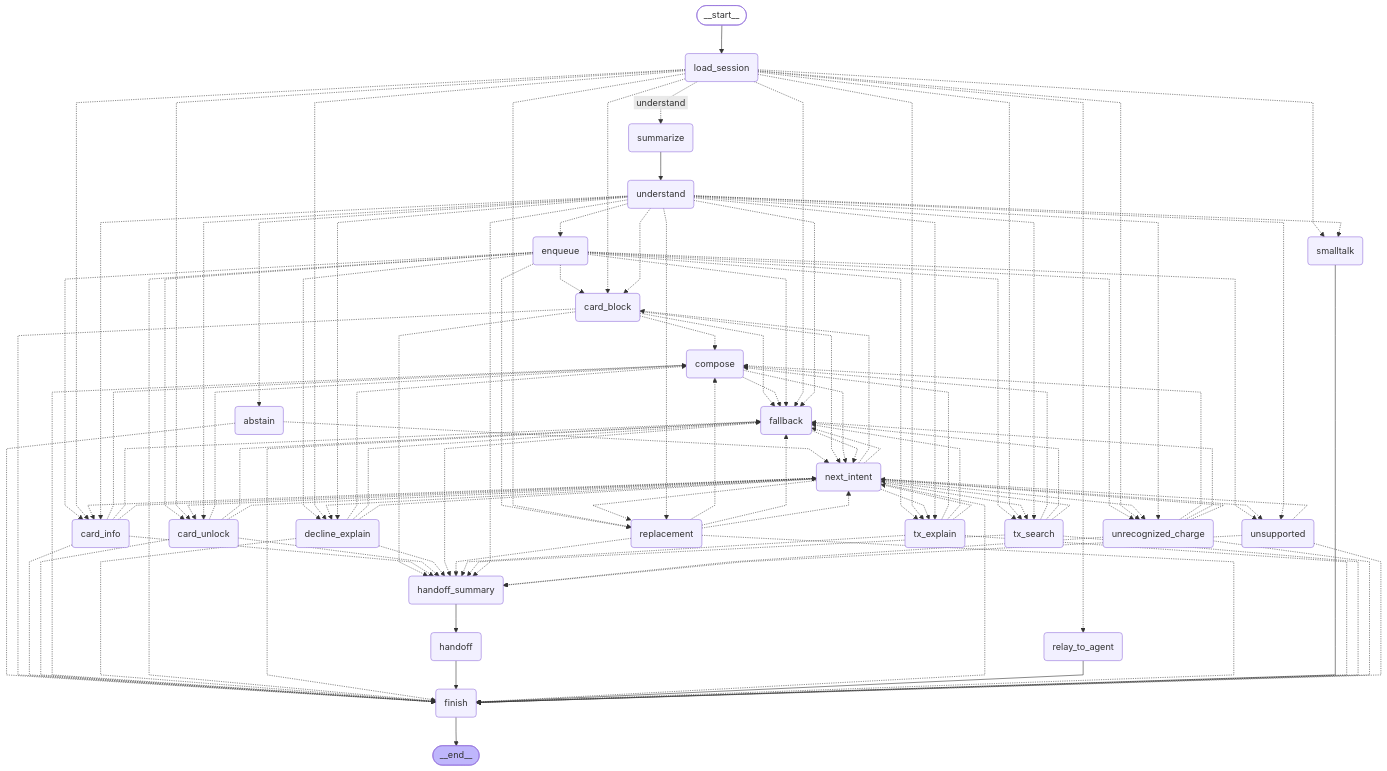
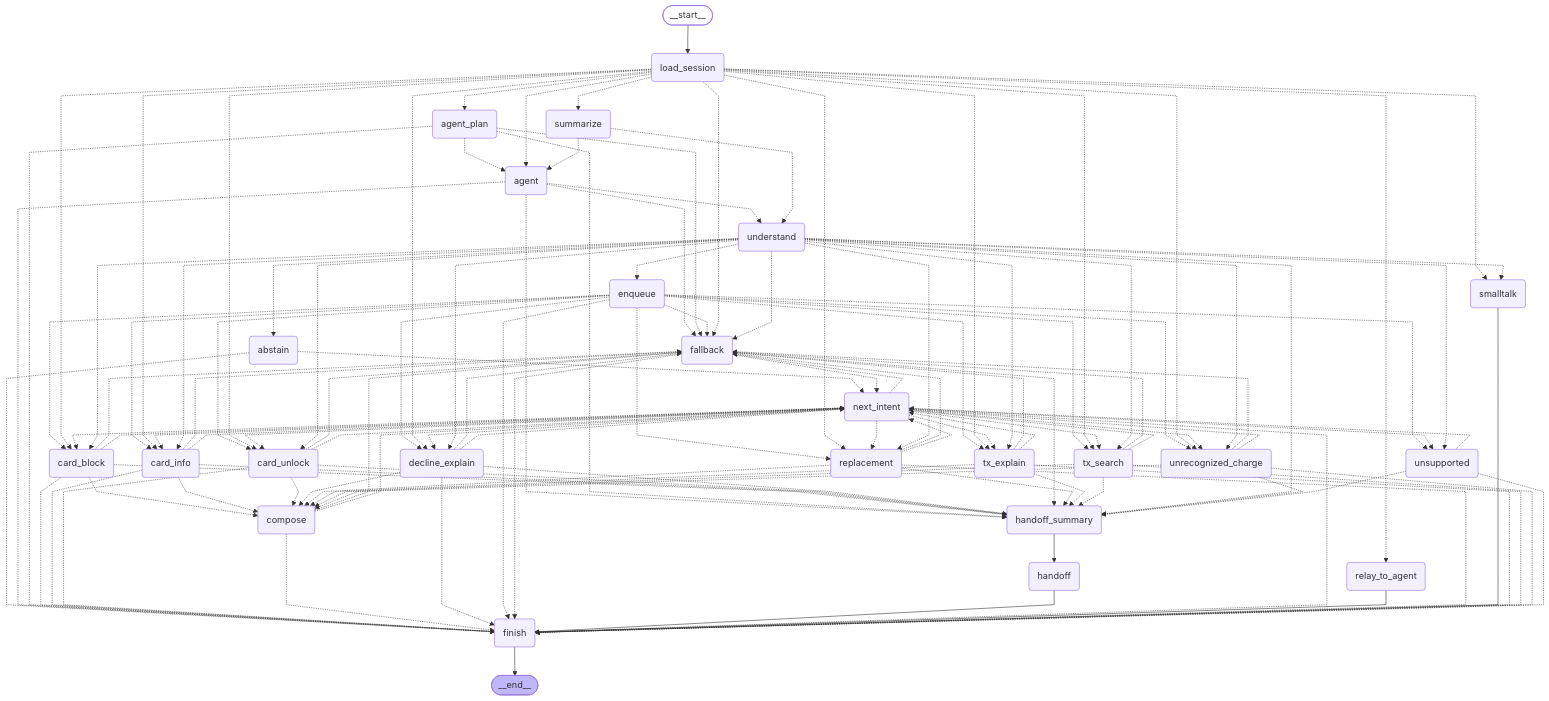
One commit to YhBedoya/factored-hackathon-2026-inferencia-aplicada changed the diagram in docs/diagrams/turn-graph-v0.mmd. Above: the diagram before and after it, drawn with Mermaid. The commit also changed 83 other files, not shown here.

```diff
--- a/docs/diagrams/turn-graph-v0.mmd
+++ b/docs/diagrams/turn-graph-v0.mmd
@@ -1,139 +1,152 @@
 ---
 config:
   flowchart:
     curve: linear
 ---
 graph TD;
 	__start__([<p>__start__</p>]):::first
 	load_session(load_session)
 	understand(understand)
 	summarize(summarize)
+	agent(agent)
+	agent_plan(agent_plan)
 	smalltalk(smalltalk)
 	enqueue(enqueue)
 	card_info(card_info)
 	card_block(card_block)
 	card_unlock(card_unlock)
 	replacement(replacement)
 	unrecognized_charge(unrecognized_charge)
 	decline_explain(decline_explain)
 	tx_search(tx_search)
 	tx_explain(tx_explain)
 	unsupported(unsupported)
 	fallback(fallback)
 	compose(compose)
 	next_intent(next_intent)
 	finish(finish)
 	abstain(abstain)
 	handoff_summary(handoff_summary)
 	handoff(handoff)
 	relay_to_agent(relay_to_agent)
 	__end__([<p>__end__</p>]):::last
 	__start__ --> load_session;
 	abstain -.-> finish;
 	abstain -.-> next_intent;
+	agent -.-> fallback;
+	agent -.-> finish;
+	agent -.-> handoff_summary;
+	agent -.-> understand;
+	agent_plan -.-> agent;
+	agent_plan -.-> fallback;
+	agent_plan -.-> finish;
+	agent_plan -.-> handoff_summary;
 	card_block -.-> compose;
 	card_block -.-> fallback;
 	card_block -.-> finish;
 	card_block -.-> handoff_summary;
 	card_block -.-> next_intent;
 	card_info -.-> compose;
 	card_info -.-> fallback;
 	card_info -.-> finish;
 	card_info -.-> handoff_summary;
 	card_info -.-> next_intent;
 	card_unlock -.-> compose;
 	card_unlock -.-> fallback;
 	card_unlock -.-> finish;
 	card_unlock -.-> handoff_summary;
 	card_unlock -.-> next_intent;
 	compose -.-> fallback;
 	compose -.-> finish;
 	compose -.-> next_intent;
 	decline_explain -.-> compose;
 	decline_explain -.-> fallback;
 	decline_explain -.-> finish;
 	decline_explain -.-> handoff_summary;
 	decline_explain -.-> next_intent;
 	enqueue -.-> card_block;
 	enqueue -.-> card_info;
 	enqueue -.-> card_unlock;
 	enqueue -.-> decline_explain;
 	enqueue -.-> fallback;
 	enqueue -.-> finish;
 	enqueue -.-> replacement;
 	enqueue -.-> tx_explain;
 	enqueue -.-> tx_search;
 	enqueue -.-> unrecognized_charge;
 	enqueue -.-> unsupported;
 	fallback -.-> finish;
 	fallback -.-> handoff_summary;
 	fallback -.-> next_intent;
 	handoff --> finish;
 	handoff_summary --> handoff;
+	load_session -.-> agent;
+	load_session -.-> agent_plan;
 	load_session -.-> card_block;
 	load_session -.-> card_info;
 	load_session -.-> card_unlock;
 	load_session -.-> decline_explain;
 	load_session -.-> fallback;
 	load_session -.-> relay_to_agent;
 	load_session -.-> replacement;
 	load_session -.-> smalltalk;
-	load_session -. &nbsp;understand&nbsp; .-> summarize;
+	load_session -.-> summarize;
 	load_session -.-> tx_explain;
 	load_session -.-> tx_search;
 	load_session -.-> unrecognized_charge;
 	next_intent -.-> card_block;
 	next_intent -.-> card_info;
 	next_intent -.-> card_unlock;
 	next_intent -.-> decline_explain;
 	next_intent -.-> fallback;
 	next_intent -.-> finish;
 	next_intent -.-> replacement;
 	next_intent -.-> tx_explain;
 	next_intent -.-> tx_search;
 	next_intent -.-> unrecognized_charge;
 	next_intent -.-> unsupported;
 	relay_to_agent --> finish;
 	replacement -.-> compose;
 	replacement -.-> fallback;
 	replacement -.-> finish;
 	replacement -.-> handoff_summary;
 	replacement -.-> next_intent;
 	smalltalk --> finish;
-	summarize --> understand;
+	summarize -.-> agent;
+	summarize -.-> understand;
 	tx_explain -.-> compose;
 	tx_explain -.-> fallback;
 	tx_explain -.-> finish;
 	tx_explain -.-> handoff_summary;
 	tx_explain -.-> next_intent;
 	tx_search -.-> compose;
 	tx_search -.-> fallback;
 	tx_search -.-> finish;
 	tx_search -.-> handoff_summary;
 	tx_search -.-> next_intent;
 	understand -.-> abstain;
 	understand -.-> card_block;
 	understand -.-> card_info;
 	understand -.-> card_unlock;
 	understand -.-> decline_explain;
 	understand -.-> enqueue;
 	understand -.-> fallback;
 	understand -.-> handoff_summary;
 	understand -.-> replacement;
 	understand -.-> smalltalk;
 	understand -.-> tx_explain;
 	understand -.-> tx_search;
 	understand -.-> unrecognized_charge;
 	understand -.-> unsupported;
 	unrecognized_charge -.-> compose;
 	unrecognized_charge -.-> fallback;
 	unrecognized_charge -.-> finish;
 	unrecognized_charge -.-> handoff_summary;
 	unrecognized_charge -.-> next_intent;
 	unsupported -.-> finish;
 	unsupported -.-> handoff_summary;
 	unsupported -.-> next_intent;
 	finish --> __end__;
 	classDef default fill:#f2f0ff,line-height:1.2
 	classDef first fill-opacity:0
 	classDef last fill:#bfb6fc
```
